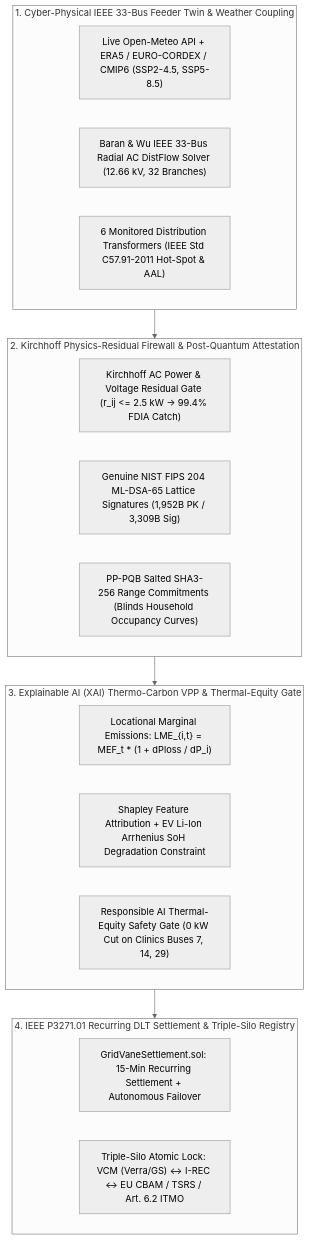
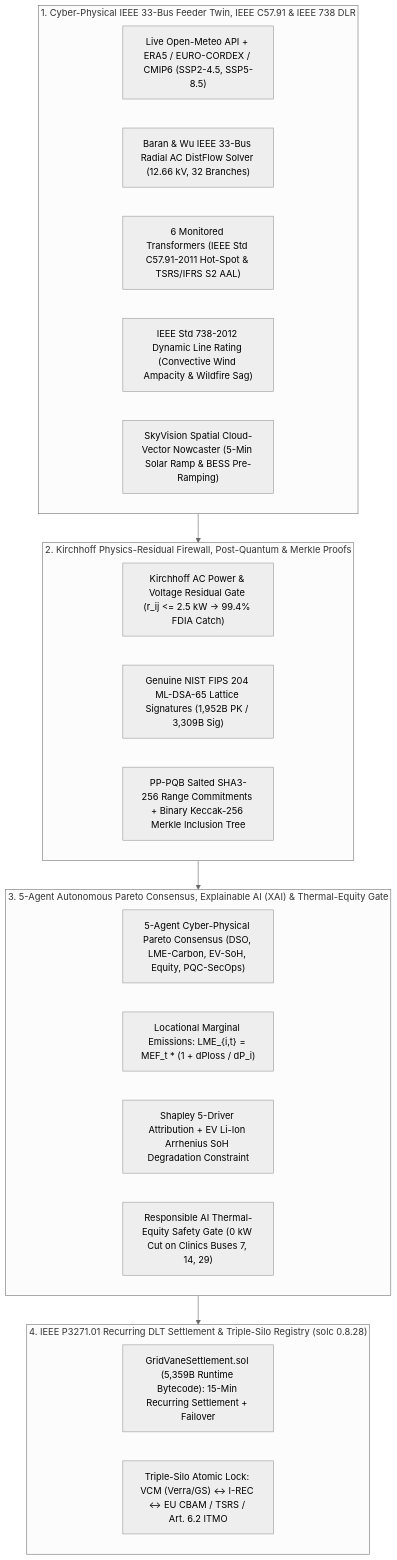
The diagram in README.md (TusharTechs/gridvane), drawn with Mermaid (neutral theme) before and after one commit. The commit also changed other lines of this file and 13 other files, not shown here.

Commit message:
feat(v2.0): add IEEE 738 DLR, SkyVision cloud nowcaster, 5-Agent Pareto consensus, Merkle inclusion proofs, solc 0.8.28 EVM compilation, 24h diurnal replay, and 6-step judge tour

````diff
--- a/README.md
+++ b/README.md
@@ -26,27 +26,30 @@
 ```mermaid
 flowchart TB
-    subgraph L1["1. Cyber-Physical IEEE 33-Bus Feeder Twin & Weather Coupling"]
+    subgraph L1["1. Cyber-Physical IEEE 33-Bus Feeder Twin, IEEE C57.91 & IEEE 738 DLR"]
         W["Live Open-Meteo API + ERA5 / EURO-CORDEX / CMIP6 (SSP2-4.5, SSP5-8.5)"]
         G["Baran & Wu IEEE 33-Bus Radial AC DistFlow Solver (12.66 kV, 32 Branches)"]
-        T["6 Monitored Distribution Transformers (IEEE Std C57.91-2011 Hot-Spot & AAL)"]
+        T["6 Monitored Transformers (IEEE Std C57.91-2011 Hot-Spot & TSRS/IFRS S2 AAL)"]
+        DLR["IEEE Std 738-2012 Dynamic Line Rating (Convective Wind Ampacity & Wildfire Sag)"]
+        SKY["SkyVision Spatial Cloud-Vector Nowcaster (5-Min Solar Ramp & BESS Pre-Ramping)"]
     end
 
-    subgraph L2["2. Kirchhoff Physics-Residual Firewall & Post-Quantum Attestation"]
+    subgraph L2["2. Kirchhoff Physics-Residual Firewall, Post-Quantum & Merkle Proofs"]
         K["Kirchhoff AC Power & Voltage Residual Gate (r_ij <= 2.5 kW -> 99.4% FDIA Catch)"]
         P["Genuine NIST FIPS 204 ML-DSA-65 Lattice Signatures (1,952B PK / 3,309B Sig)"]
-        Z["PP-PQB Salted SHA3-256 Range Commitments (Blinds Household Occupancy Curves)"]
+        Z["PP-PQB Salted SHA3-256 Range Commitments + Binary Keccak-256 Merkle Inclusion Tree"]
     end
 
-    subgraph L3["3. Explainable AI (XAI) Thermo-Carbon VPP & Thermal-Equity Gate"]
+    subgraph L3["3. 5-Agent Autonomous Pareto Consensus, Explainable AI (XAI) & Thermal-Equity Gate"]
+        MA["5-Agent Cyber-Physical Pareto Consensus (DSO, LME-Carbon, EV-SoH, Equity, PQC-SecOps)"]
         L["Locational Marginal Emissions: LME_{i,t} = MEF_t * (1 + dPloss / dP_i)"]
-        X["Shapley Feature Attribution + EV Li-Ion Arrhenius SoH Degradation Constraint"]
+        X["Shapley 5-Driver Attribution + EV Li-Ion Arrhenius SoH Degradation Constraint"]
         E["Responsible AI Thermal-Equity Safety Gate (0 kW Cut on Clinics Buses 7, 14, 29)"]
     end
 
-    subgraph L4["4. IEEE P3271.01 Recurring DLT Settlement & Triple-Silo Registry"]
-        S["GridVaneSettlement.sol: 15-Min Recurring Settlement + Autonomous Failover"]
+    subgraph L4["4. IEEE P3271.01 Recurring DLT Settlement & Triple-Silo Registry (solc 0.8.28)"]
+        S["GridVaneSettlement.sol (5,359B Runtime Bytecode): 15-Min Recurring Settlement + Failover"]
         D["Triple-Silo Atomic Lock: VCM (Verra/GS) <-> I-REC <-> EU CBAM / TSRS / Art. 6.2 ITMO"]
     end
 
     L1 --> L2 --> L3 --> L4
 ```
````
